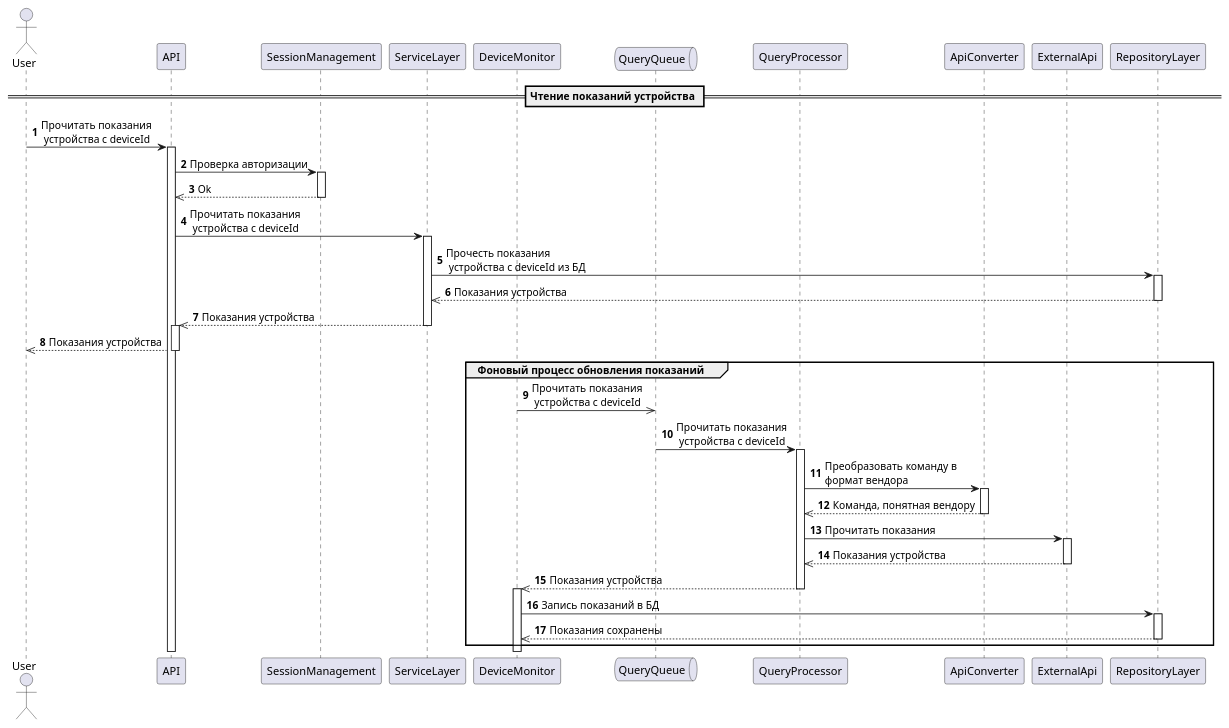
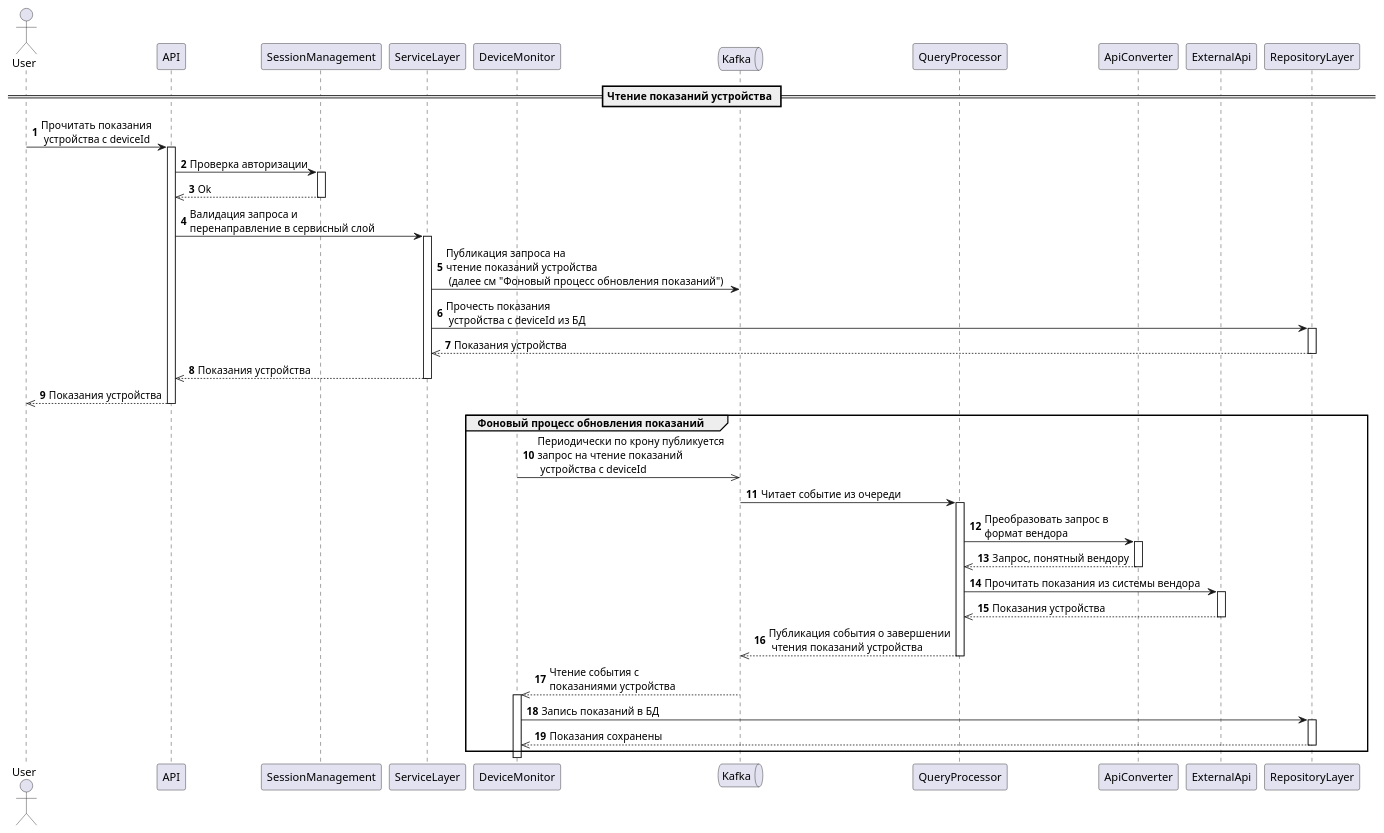
The diagram in docs/plantuml/SequenseDiagram_ReadTelemetry.puml (aputintsev/architecture-warmhouse), drawn with PlantUML before and after one commit. The commit also changed 6 other files, not shown here.

Commit message:
added diagrams, docs

```diff
--- a/docs/plantuml/SequenseDiagram_ReadTelemetry.puml
+++ b/docs/plantuml/SequenseDiagram_ReadTelemetry.puml
@@ -1,40 +1,42 @@
 @startuml
 'https://plantuml.com/sequence-diagram
 
 autonumber
 
 == Чтение показаний устройства ==
 
 actor User as user
 participant API as api
 participant SessionManagement as session
 participant ServiceLayer as service
 participant DeviceMonitor as monitor
-queue QueryQueue as q
+queue Kafka as kafka
 participant QueryProcessor as processor
 participant ApiConverter as converter
 participant ExternalApi as extApi
 participant RepositoryLayer as repository
 
 user -> api++: Прочитать показания\n устройства с deviceId
 api -> session++: Проверка авторизации
 session -->> api--: Ok
-api -> service++: Прочитать показания\n устройства с deviceId
+api -> service++: Валидация запроса и \nперенаправление в сервисный слой
+service -> kafka: Публикация запроса на \nчтение показаний устройства\n (далее см "Фоновый процесс обновления показаний")
 service -> repository++: Прочесть показания\n устройства с deviceId из БД
 repository -->> service--: Показания устройства
-service -->> api--++: Показания устройства
+service -->> api--: Показания устройства
 api -->> user--: Показания устройства
 group Фоновый процесс обновления показаний
-    monitor ->> q: Прочитать показания\n устройства с deviceId
-    q -> processor++: Прочитать показания\n устройства с deviceId
-    processor -> converter++: Преобразовать команду в \nформат вендора
-    converter -->> processor--: Команда, понятная вендору
-    processor -> extApi++: Прочитать показания
+    monitor ->> kafka: Периодически по крону публикуется \nзапрос на чтение показаний\n устройства с deviceId
+    kafka -> processor++: Читает событие из очереди
+    processor -> converter++: Преобразовать запрос в \nформат вендора
+    converter -->> processor--: Запрос, понятный вендору
+    processor -> extApi++: Прочитать показания из системы вендора
     extApi -->> processor--: Показания устройства
-    processor -->> monitor--++: Показания устройства
+    processor -->> kafka--: Публикация события о завершении\n чтения показаний устройства
+    kafka -->> monitor--++: Чтение события с \nпоказаниями устройства
     monitor -> repository++: Запись показаний в БД
     repository -->> monitor--: Показания сохранены
 end
 
 
 @enduml
```
